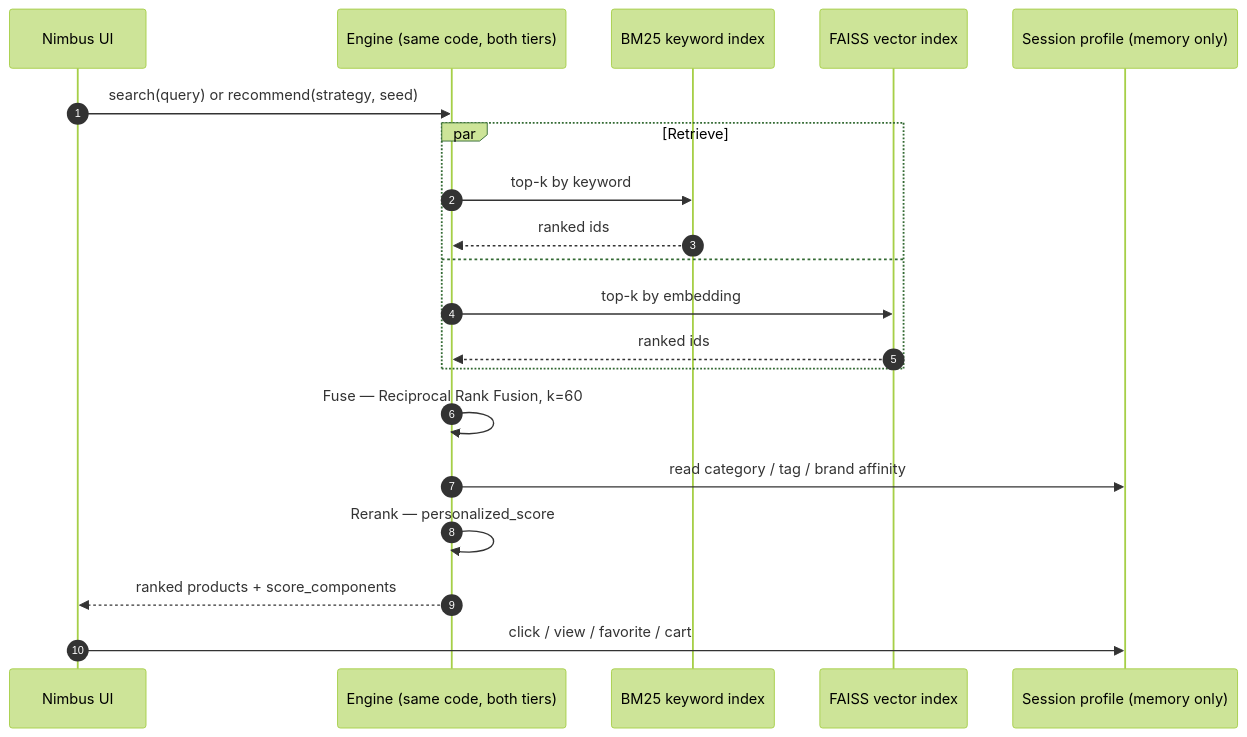
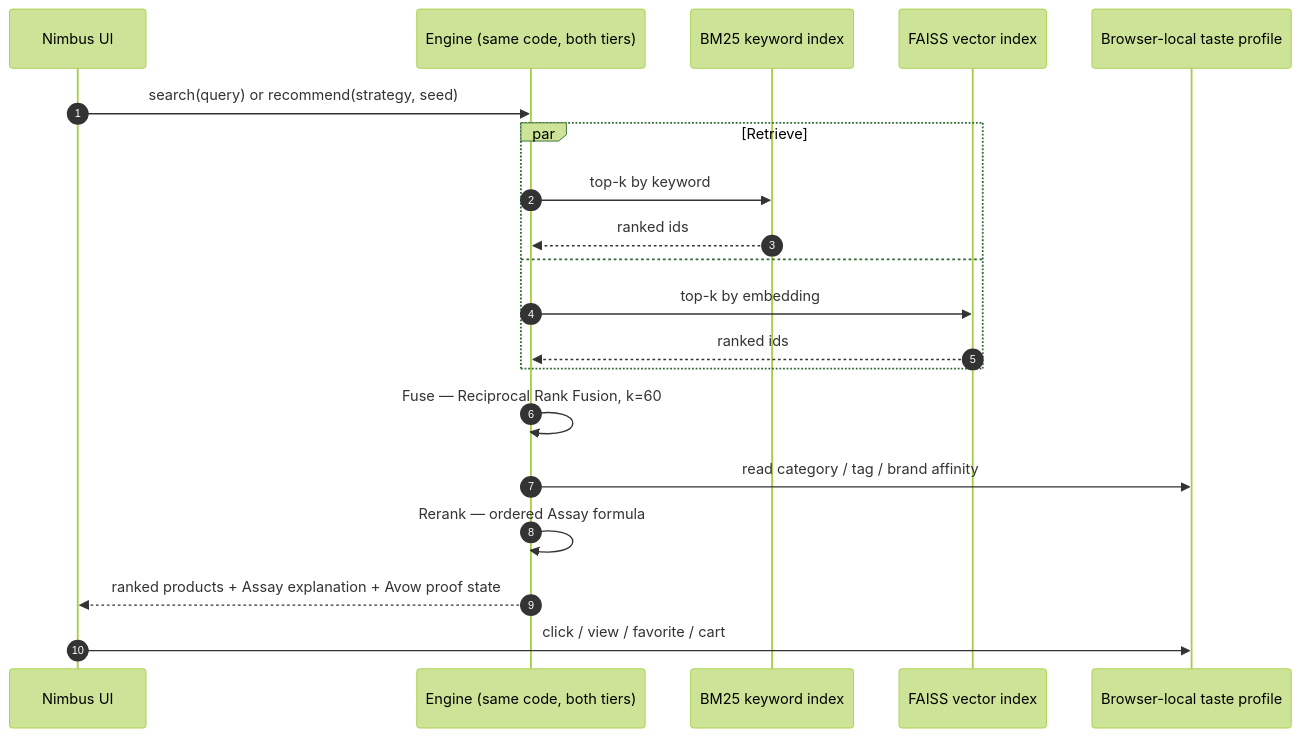
Before and after one commit to hseshadr/edge-reco: the second of 3 diagrams in docs/ARCHITECTURE.md, drawn with Mermaid (forest theme). The commit also changed other lines of this file and 49 other files, not shown here.

First line of the commit message:
feat(ranking): ship verified Assay scoring proof

````diff
--- a/docs/ARCHITECTURE.md
+++ b/docs/ARCHITECTURE.md
@@ -61,23 +61,23 @@
 ```mermaid
 sequenceDiagram
     autonumber
     participant UI as Nimbus UI
     participant Engine as Engine (same code, both tiers)
     participant BM25 as BM25 keyword index
     participant Vec as FAISS vector index
-    participant Session as Session profile (memory only)
+    participant Session as Browser-local taste profile
 
     UI->>Engine: search(query) or recommend(strategy, seed)
     par Retrieve
         Engine->>BM25: top-k by keyword
         BM25-->>Engine: ranked ids
     and
         Engine->>Vec: top-k by embedding
         Vec-->>Engine: ranked ids
     end
     Engine->>Engine: Fuse — Reciprocal Rank Fusion, k=60
     Engine->>Session: read category / tag / brand affinity
-    Engine->>Engine: Rerank — personalized_score
-    Engine-->>UI: ranked products + score_components
+    Engine->>Engine: Rerank — ordered Assay formula
+    Engine-->>UI: ranked products + Assay explanation + Avow proof state
     UI->>Session: click / view / favorite / cart
 ```
````
